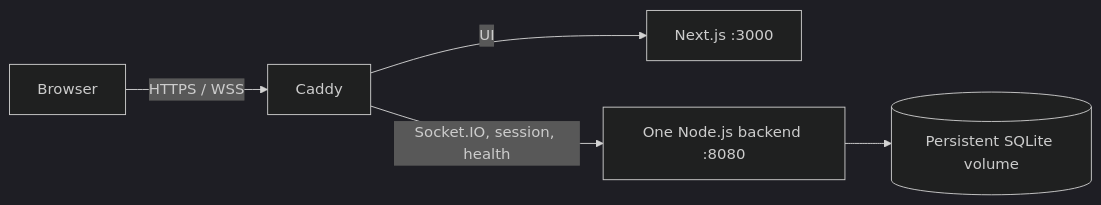
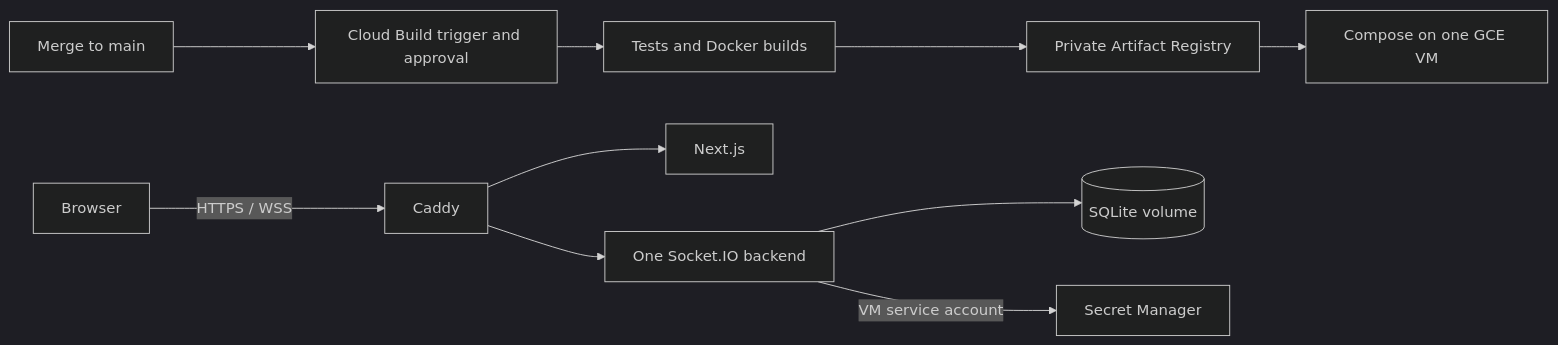
Before and after one commit to Azther0z/computer-network-project: the diagram in docs/deployment.md, drawn with Mermaid (dark theme). The commit also changed other lines of this file and 13 other files, not shown here.

Commit message:
ci: move GCE delivery to Cloud Build and Secret Manager

````diff
--- a/docs/deployment.md
+++ b/docs/deployment.md
@@ -9,7 +9,12 @@
 ```mermaid
 flowchart LR
+    GitHub[Merge to main] --> Trigger[Cloud Build trigger and approval]
+    Trigger --> Build[Tests and Docker builds]
+    Build --> Registry[Private Artifact Registry]
+    Registry --> VM[Compose on one GCE VM]
     Browser -->|HTTPS / WSS| Caddy
-    Caddy -->|UI| Frontend[Next.js :3000]
-    Caddy -->|Socket.IO, session, health| Backend[One Node.js backend :8080]
-    Backend --> SQLite[(Persistent SQLite volume)]
+    Caddy --> Frontend[Next.js]
+    Caddy --> Backend[One Socket.IO backend]
+    Backend --> SQLite[(SQLite volume)]
+    Backend -->|VM service account| Secrets[Secret Manager]
 ```
````
